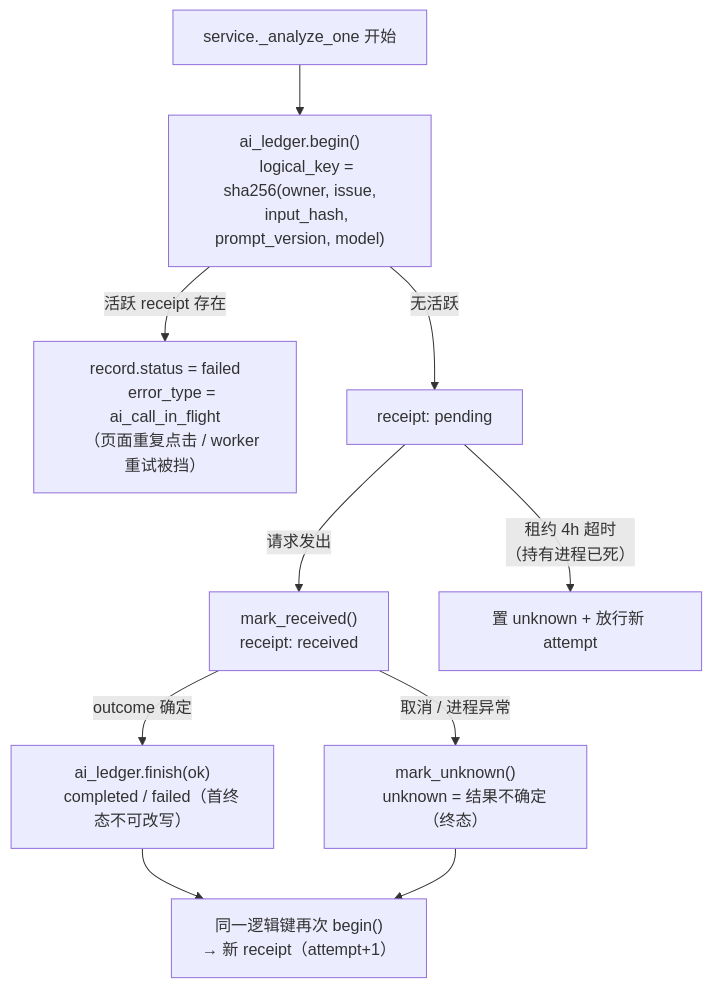
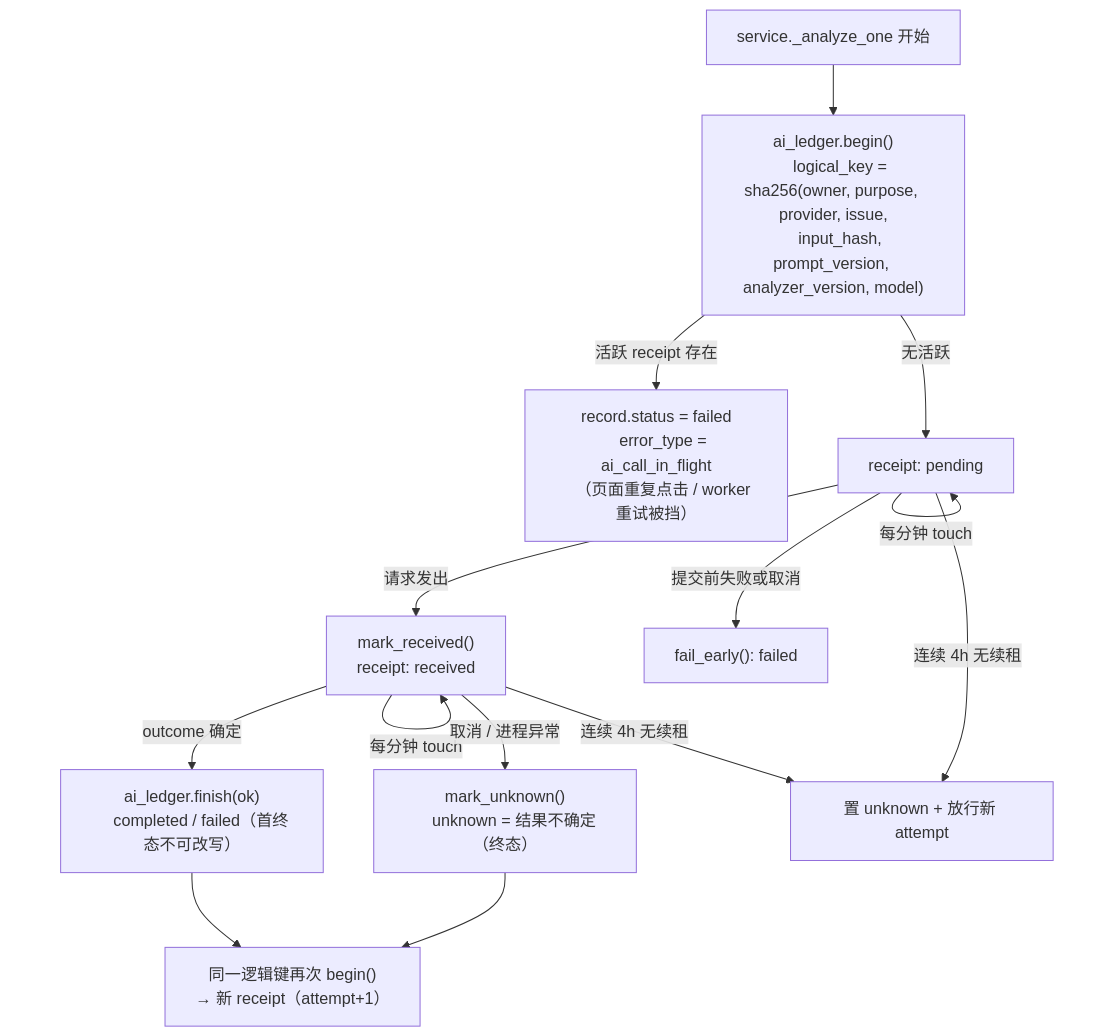
Before and after one commit to weixin1263831586/GMS_Remote_Test_Web: the first of 7 diagrams in docs/architecture/ai-governance.md, drawn with Mermaid. The commit also changed other lines of this file and 92 other files, not shown here.

````diff
--- a/docs/architecture/ai-governance.md
+++ b/docs/architecture/ai-governance.md
@@ -23,21 +23,24 @@
 ```mermaid
 flowchart TD
     Begin[service._analyze_one 开始] --> LedgerBegin["ai_ledger.begin()
-    logical_key = sha256(owner, issue,
-    input_hash, prompt_version, model)"]
+    logical_key = sha256(owner, purpose, provider, issue,
+    input_hash, prompt_version, analyzer_version, model)"]
     LedgerBegin -->|"活跃 receipt 存在"| Duplicate["record.status = failed
     error_type = ai_call_in_flight
     （页面重复点击 / worker 重试被挡）"]
     LedgerBegin -->|无活跃| Pending["receipt: pending"]
     Pending -->|请求发出| Received["mark_received()
     receipt: received"]
+    Pending -->|提交前失败或取消| Early["fail_early(): failed"]
+    Pending -->|每分钟 touch| Pending
+    Received -->|每分钟 touch| Received
     Received -->|outcome 确定| Finish["ai_ledger.finish(ok)
     completed / failed（首终态不可改写）"]
     Received -->|取消 / 进程异常| Unknown["mark_unknown()
     unknown = 结果不确定（终态）"]
-    Pending -->|租约 4h 超时
-    （持有进程已死）| Expired["置 unknown + 放行新 attempt"]
+    Pending -->|连续 4h 无续租| Expired["置 unknown + 放行新 attempt"]
+    Received -->|连续 4h 无续租| Expired
     Finish --> Retry["同一逻辑键再次 begin()
     → 新 receipt（attempt+1）"]
     Unknown --> Retry
 ```
````
